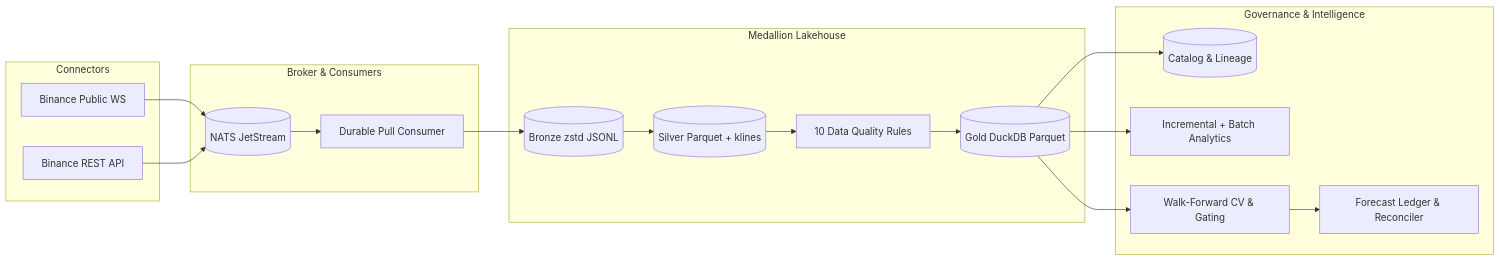
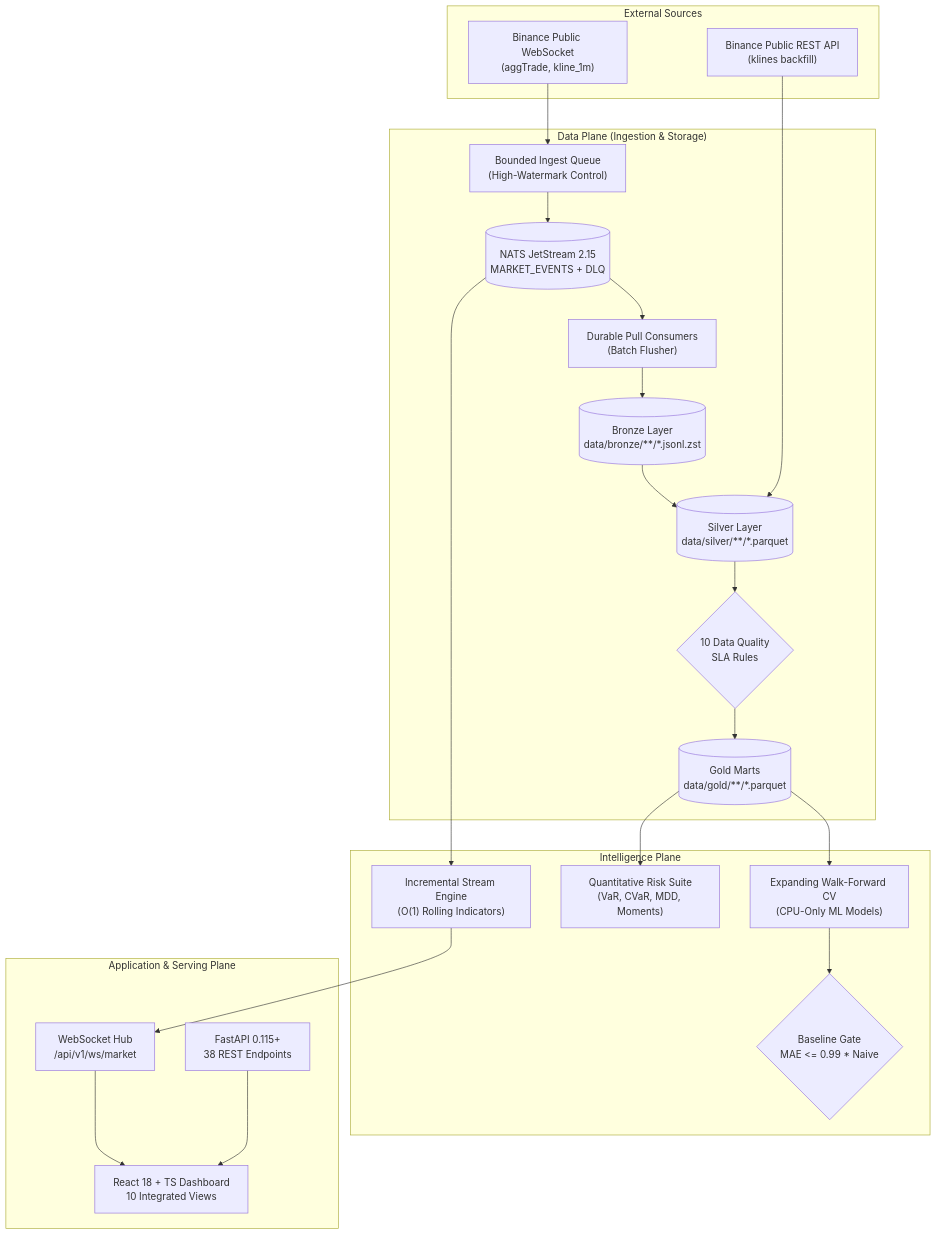
One commit to DungTran1201/CryptocurrencyPriceAnalysis_Forecasting changed the diagram in README.md. Above: the diagram before and after it, drawn with Mermaid. The commit also changed other lines of this file and 1 other file, not shown here.

Commit message:
docs: update README with comprehensive architecture overview and visual showcase

````diff
--- a/README.md
+++ b/README.md
@@ -120,31 +183,40 @@
 ```mermaid
-flowchart LR
-    subgraph S1[Connectors]
-        WS[Binance Public WS]
-        REST[Binance REST API]
+flowchart TD
+    subgraph Sources["External Sources"]
+        B_WS["Binance Public WebSocket<br/>(aggTrade, kline_1m)"]
+        B_REST["Binance Public REST API<br/>(klines backfill)"]
     end
 
-    subgraph S2[Broker & Consumers]
-        NATS[(NATS JetStream)]
-        CONS[Durable Pull Consumer]
+    subgraph DataPlane["Data Plane (Ingestion & Storage)"]
+        BQ["Bounded Ingest Queue<br/>(High-Watermark Control)"]
+        NATS[("NATS JetStream 2.15<br/>MARKET_EVENTS + DLQ")]
+        CONS["Durable Pull Consumers<br/>(Batch Flusher)"]
+        BRZ[("Bronze Layer<br/>data/bronze/**/*.jsonl.zst")]
+        SLV[("Silver Layer<br/>data/silver/**/*.parquet")]
+        DQ{"10 Data Quality<br/>SLA Rules"}
+        GLD[("Gold Marts<br/>data/gold/**/*.parquet")]
     end
 
-    subgraph S3[Medallion Lakehouse]
-        BRZ[(Bronze zstd JSONL)]
-        SLV[(Silver Parquet + klines)]
-        DQ[10 Data Quality Rules]
-        GLD[(Gold DuckDB Parquet)]
+    subgraph IntelligencePlane["Intelligence Plane"]
+        INC["Incremental Stream Engine<br/>(O(1) Rolling Indicators)"]
+        RISK["Quantitative Risk Suite<br/>(VaR, CVaR, MDD, Moments)"]
+        ML["Expanding Walk-Forward CV<br/>(CPU-Only ML Models)"]
+        GATE{"Baseline Gate<br/>MAE <= 0.99 * Naive"}
     end
 
-    subgraph S4[Governance & Intelligence]
-        CAT[(Catalog & Lineage)]
-        INC[Incremental + Batch Analytics]
-        CV[Walk-Forward CV & Gating]
-        REC[Forecast Ledger & Reconciler]
+    subgraph ApplicationPlane["Application & Serving Plane"]
+        API["FastAPI 0.115+<br/>38 REST Endpoints"]
+        WS_HUB["WebSocket Hub<br/>/api/v1/ws/market"]
+        UI["React 18 + TS Dashboard<br/>10 Integrated Views"]
     end
 
-    WS & REST --> NATS --> CONS
+    B_WS --> BQ --> NATS
+    B_REST --> SLV
+    NATS --> CONS
     CONS --> BRZ --> SLV --> DQ --> GLD
-    GLD --> CAT & INC
-    GLD --> CV --> REC
+    NATS --> INC --> WS_HUB
+    GLD --> RISK
+    GLD --> ML --> GATE
+    API --> UI
+    WS_HUB --> UI
 ```
````
